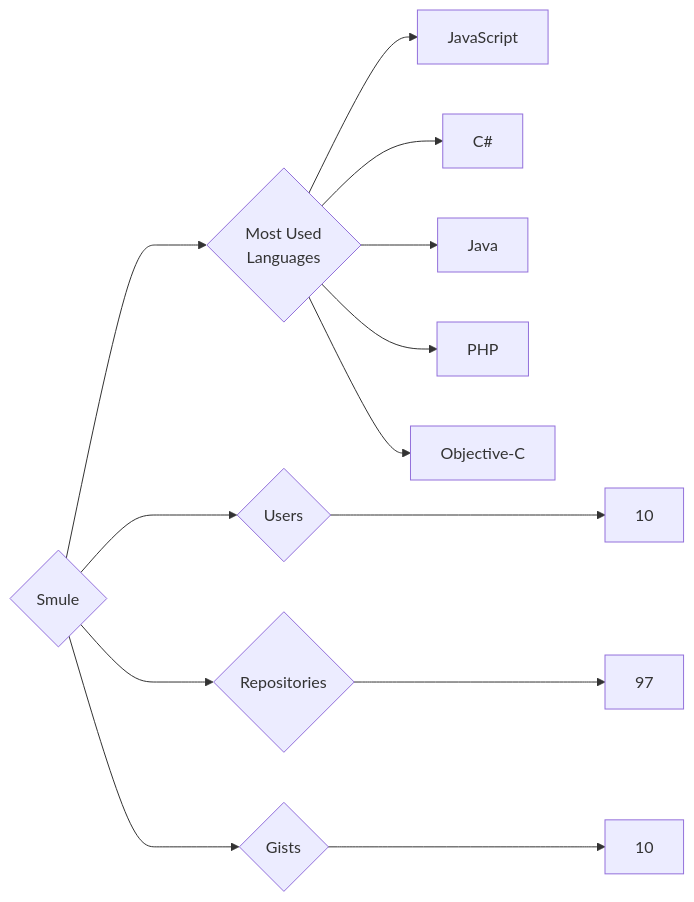
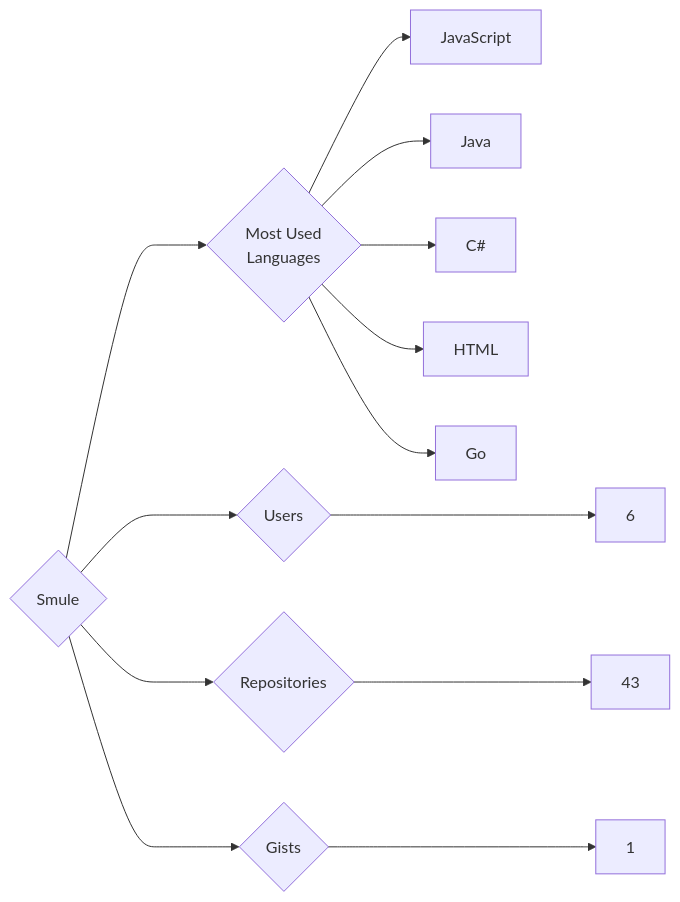
One commit to trickest/insiders changed the diagram in targets/Smule/README.md. Above: the diagram before and after it, drawn with Mermaid. The commit also changed 878 other files, not shown here.

````diff
--- a/targets/Smule/README.md
+++ b/targets/Smule/README.md
@@ -3,13 +3,13 @@
 ```mermaid
 graph LR
 COMPANY_NAME{Smule}
-COMPANY_NAME ---> U{Users} ---> UN[10]
-COMPANY_NAME ---> R{Repositories} ---> RN[97]
-COMPANY_NAME ---> G{Gists} ---> GN[10]
+COMPANY_NAME ---> U{Users} ---> UN[6]
+COMPANY_NAME ---> R{Repositories} ---> RN[43]
+COMPANY_NAME ---> G{Gists} ---> GN[1]
 COMPANY_NAME ---> ML{Most Used<br>Languages}
 ML --> JavaScript[JavaScript]
+ML --> Java[Java]
 ML --> C#[C#]
-ML --> Java[Java]
-ML --> PHP[PHP]
-ML --> Objective-C[Objective-C]
+ML --> HTML[HTML]
+ML --> Go[Go]
 ```
````
